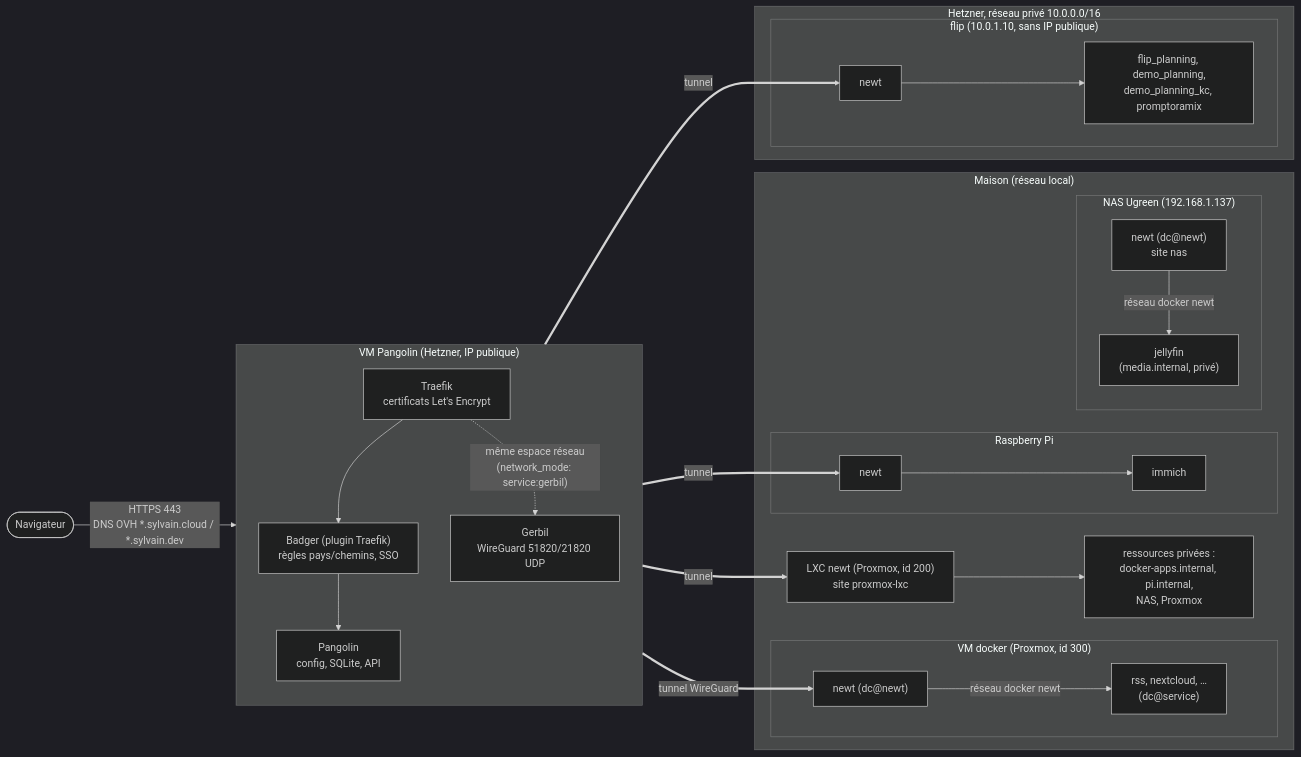
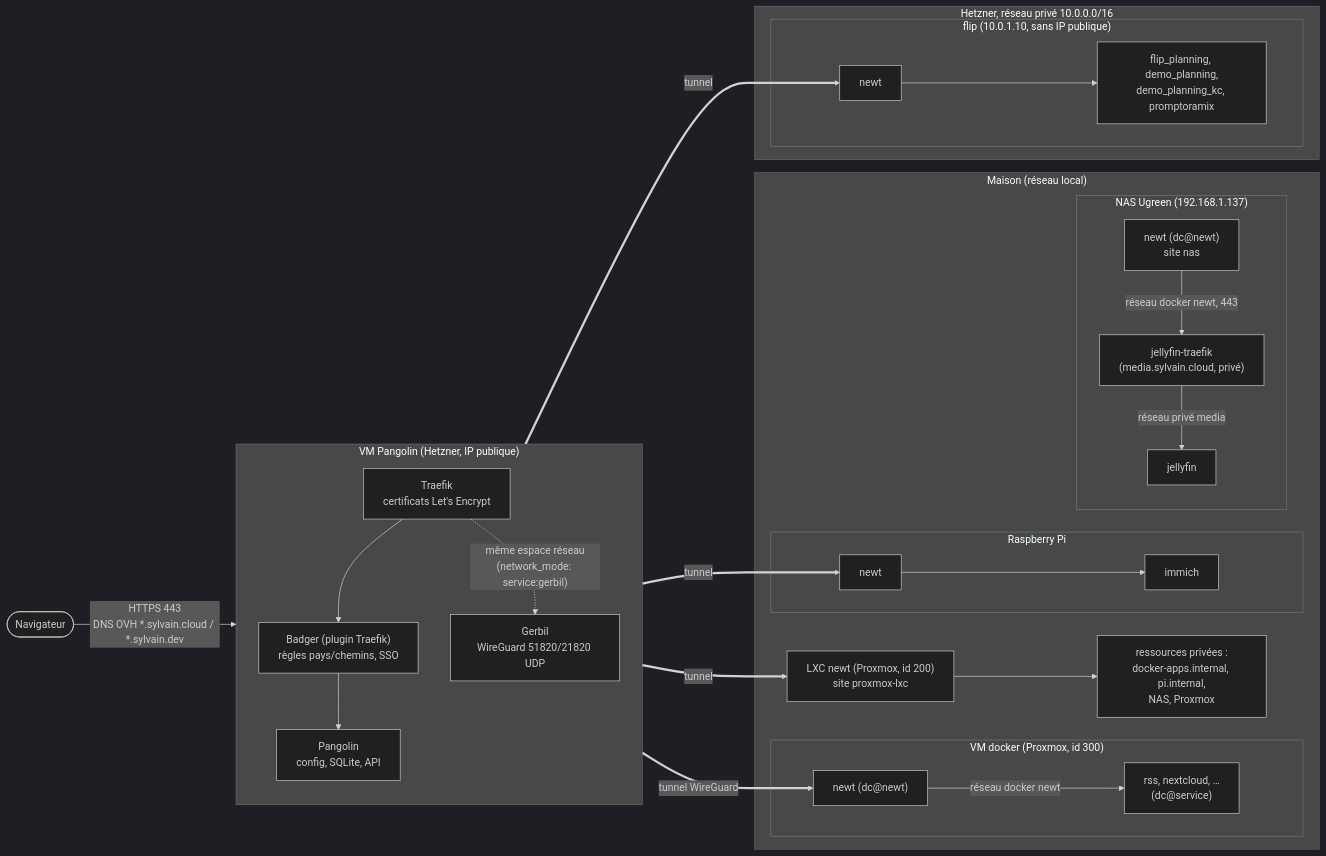
Before and after one commit to sylvainmetayer/homelab: the first of 4 diagrams in docs/architecture.md, drawn with Mermaid (dark theme). The commit also changed other lines of this file and 15 other files, not shown here.

First line of the commit message:
feat(jellyfin): https://media.sylvain.cloud par un Traefik sur le NAS

````diff
--- a/docs/architecture.md
+++ b/docs/architecture.md
@@ -9,38 +9,39 @@
 ```mermaid
 flowchart LR
   user([Navigateur]) -- "HTTPS 443<br/>DNS OVH *.sylvain.cloud / *.sylvain.dev" --> traefik
 
   subgraph pangolin_vm["VM Pangolin (Hetzner, IP publique)"]
     direction TB
     traefik["Traefik<br/>certificats Let's Encrypt"]
     badger["Badger (plugin Traefik)<br/>règles pays/chemins, SSO"]
     pangolin_app["Pangolin<br/>config, SQLite, API"]
     gerbil["Gerbil<br/>WireGuard 51820/21820 UDP"]
     traefik --> badger --> pangolin_app
     traefik -. "même espace réseau<br/>(network_mode: service:gerbil)" .-> gerbil
   end
 
   gerbil == "tunnel WireGuard" ==> newt_docker
   gerbil == tunnel ==> newt_pi
   gerbil == tunnel ==> newt_flip
   gerbil == tunnel ==> newt_lxc
 
   subgraph home["Maison (réseau local)"]
     subgraph docker_vm["VM docker (Proxmox, id 300)"]
       newt_docker["newt (dc@newt)"] -- "réseau docker newt" --> app1["rss, nextcloud, …<br/>(dc@service)"]
     end
     subgraph pi["Raspberry Pi"]
       newt_pi[newt] --> immich[immich]
     end
     newt_lxc["LXC newt (Proxmox, id 200)<br/>site proxmox-lxc"] --> lan["ressources privées :<br/>docker-apps.internal, pi.internal,<br/>NAS, Proxmox"]
     subgraph nas["NAS Ugreen (192.168.1.137)"]
-      newt_nas["newt (dc@newt)<br/>site nas"] -- "réseau docker newt" --> jellyfin["jellyfin<br/>(media.internal, privé)"]
+      newt_nas["newt (dc@newt)<br/>site nas"] -- "réseau docker newt, 443" --> traefik_nas["jellyfin-traefik<br/>(media.sylvain.cloud, privé)"]
+      traefik_nas -- "réseau privé media" --> jellyfin[jellyfin]
     end
   end
 
   subgraph hetzner_priv["Hetzner, réseau privé 10.0.0.0/16"]
     subgraph flip["flip (10.0.1.10, sans IP publique)"]
       newt_flip[newt] --> fp["flip_planning, demo_planning,<br/>demo_planning_kc, promptoramix"]
     end
   end
 ```
````
